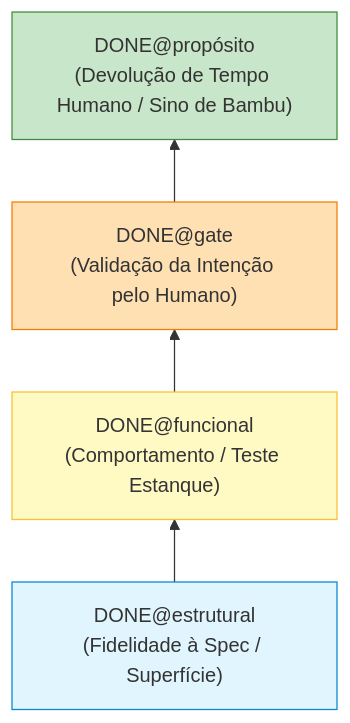
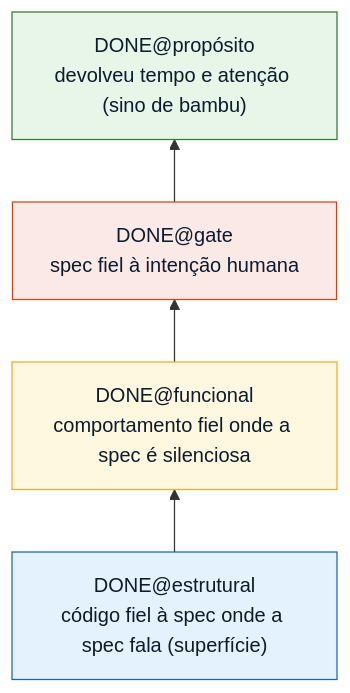
The diagram in docs/pt/02-principios.md (fuzaro/EEEMIAD), drawn with Mermaid before and after one commit. The commit also changed other lines of this file and 65 other files, not shown here.

````diff
--- a/docs/pt/02-principios.md
+++ b/docs/pt/02-principios.md
@@ -10,11 +11,10 @@
 ```mermaid
 graph BT
-    D1["DONE@estrutural<br/>(Fidelidade à Spec / Superfície)"] --> D2["DONE@funcional<br/>(Comportamento / Teste Estanque)"]
-    D2 --> D3["DONE@gate<br/>(Validação da Intenção pelo Humano)"]
-    D3 --> D4["DONE@propósito<br/>(Devolução de Tempo Humano / Sino de Bambu)"]
-
-    style D1 fill:#e1f5fe,stroke:#0288d1
-    style D2 fill:#fff9c4,stroke:#fbc02d
-    style D3 fill:#ffe0b2,stroke:#f57c00
-    style D4 fill:#c8e6c9,stroke:#388e3c
+    D1["DONE@estrutural<br/>código fiel à spec onde a spec fala (superfície)"] --> D2["DONE@funcional<br/>comportamento fiel onde a spec é silenciosa"]
+    D2 --> D3["DONE@gate<br/>spec fiel à intenção humana"]
+    D3 --> D4["DONE@propósito<br/>devolveu tempo e atenção (sino de bambu)"]
+    style D1 fill:#e3f2fd,stroke:#1565c0,color:#0d1b2a
+    style D2 fill:#fff8e1,stroke:#f9a825,color:#0d1b2a
+    style D3 fill:#fbe9e7,stroke:#d84315,color:#0d1b2a
+    style D4 fill:#e8f5e9,stroke:#2e7d32,color:#0d1b2a
 ```
````
